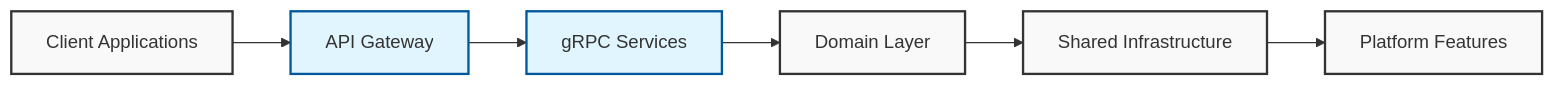
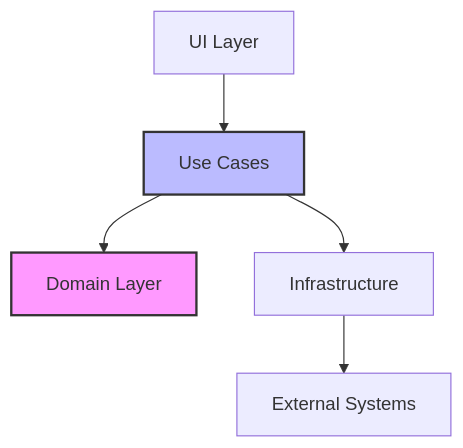
One commit to ersanyamarya/clean-stack changed the first of 2 diagrams in apps/clean-docs/docs/architecture/philosophy.md. Above: the diagram before and after it, drawn with Mermaid. The commit also changed other lines of this file and 16 other files, not shown here.

````diff
--- a/apps/clean-docs/docs/architecture/philosophy.md
+++ b/apps/clean-docs/docs/architecture/philosophy.md
@@ -19,19 +26,10 @@
 ```mermaid
- graph LR
-      A[Client Applications]
-      B[API Gateway]
-      C[gRPC Services]
-      D[Domain Layer]
-      E[Shared Infrastructure]
-      F[Platform Features]
-
-      A --> B
-      B --> C
-      C --> D
-      D --> E
-      E --> F
-
-      classDef default fill:#f9f9f9,stroke:#333,stroke-width:2px;
-      classDef highlight fill:#e1f5fe,stroke:#01579b,stroke-width:2px;
-      class B,C highlight
+graph TD
+    A[UI Layer] --> B[Use Cases]
+    B --> C[Domain Layer]
+    B --> D[Infrastructure]
+    D --> E[External Systems]
+    
+    style C fill:#f9f,stroke:#333,stroke-width:2px
+    style B fill:#bbf,stroke:#333,stroke-width:2px
 ```
````
